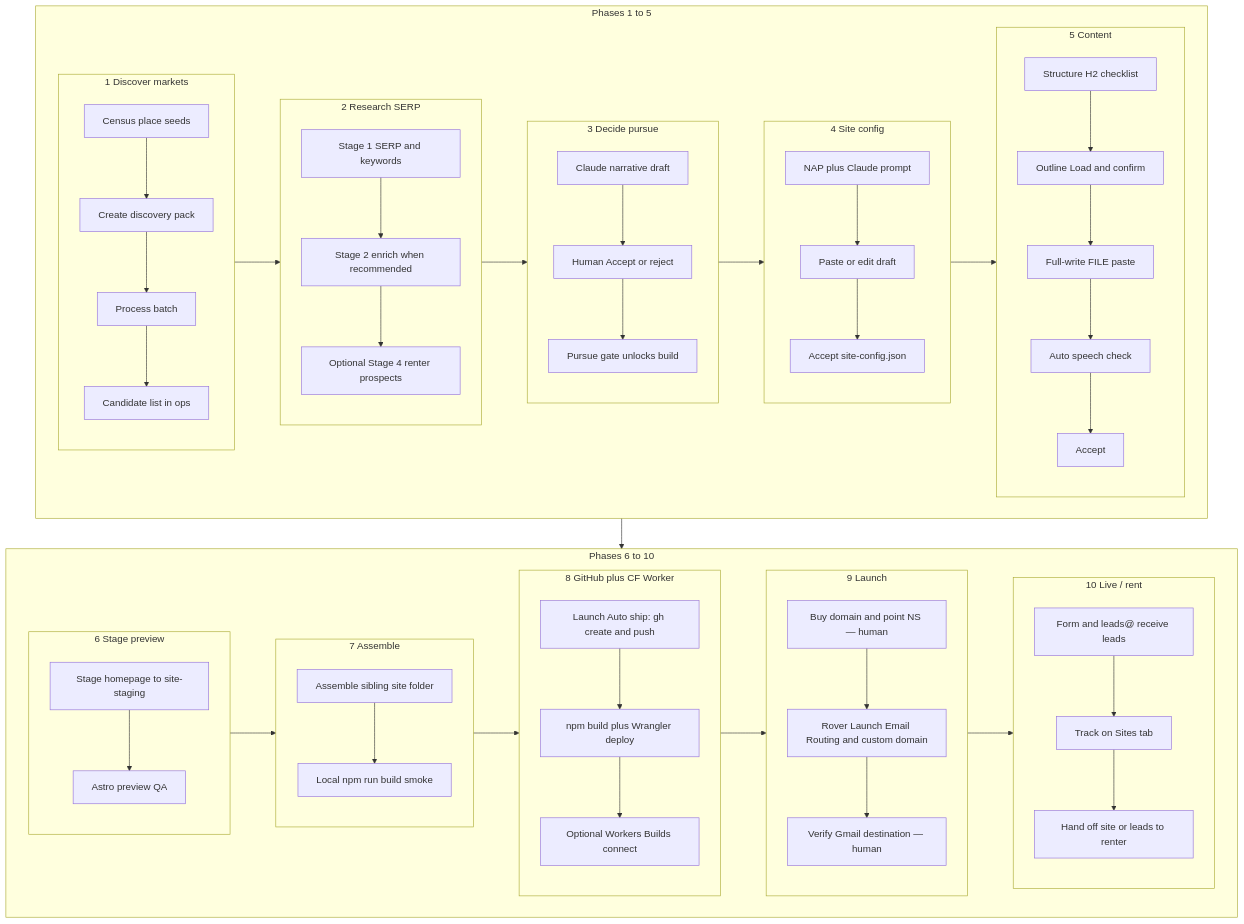
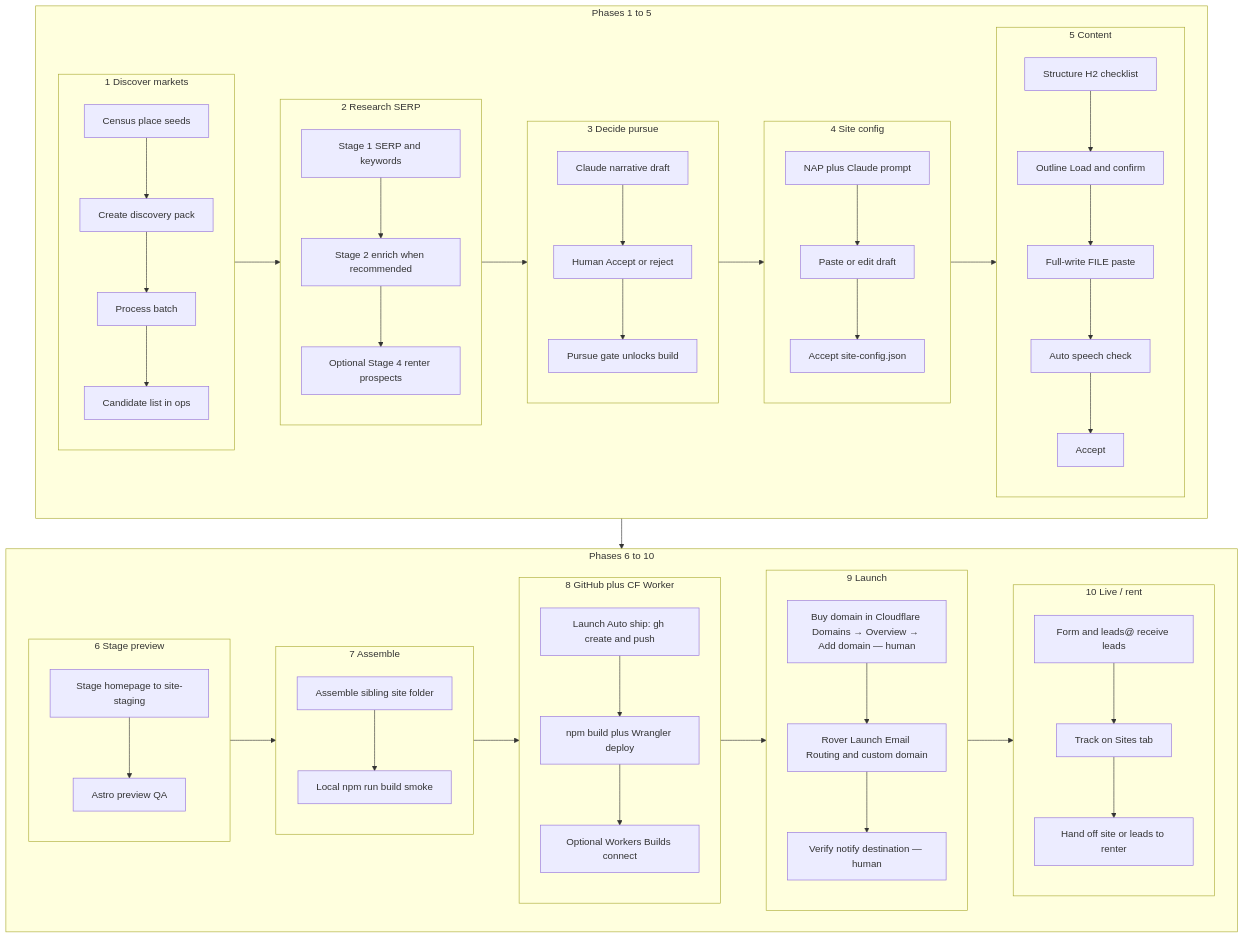
The diagram in docs/MASTER-FLOW.md (Gpete4444/city-niche-tracker), drawn with Mermaid before and after one commit. The commit also changed other lines of this file and 2024 other files, not shown here.

````diff
--- a/docs/MASTER-FLOW.md
+++ b/docs/MASTER-FLOW.md
@@ -18,77 +18,77 @@
 ```mermaid
 flowchart TB
   subgraph row1 [Phases 1 to 5]
     direction LR
 
     subgraph disc [1 Discover markets]
       direction TB
       d1["Census place seeds"] --> d2["Create discovery pack"]
       d2 --> d3["Process batch"]
       d3 --> d4["Candidate list in ops"]
     end
 
     subgraph res [2 Research SERP]
       direction TB
       r1["Stage 1 SERP and keywords"] --> r2["Stage 2 enrich when recommended"]
       r2 --> r3["Optional Stage 4 renter prospects"]
     end
 
     subgraph dec [3 Decide pursue]
       direction TB
       e1["Claude narrative draft"] --> e2["Human Accept or reject"]
       e2 --> e3["Pursue gate unlocks build"]
     end
 
     subgraph scfg [4 Site config]
       direction TB
       s1["NAP plus Claude prompt"] --> s2["Paste or edit draft"]
       s2 --> s3["Accept site-config.json"]
     end
 
     subgraph cont [5 Content]
       direction TB
       c1["Structure H2 checklist"] --> c2["Outline Load and confirm"]
       c2 --> c3["Full-write FILE paste"]
       c3 --> c4["Auto speech check"]
       c4 --> c5["Accept"]
     end
 
     disc --> res --> dec --> scfg --> cont
   end
 
   subgraph row2 [Phases 6 to 10]
     direction LR
 
     subgraph stg [6 Stage preview]
       direction TB
       t1["Stage homepage to site-staging"] --> t2["Astro preview QA"]
     end
 
     subgraph asm [7 Assemble]
       direction TB
       a1["Assemble sibling site folder"] --> a2["Local npm run build smoke"]
     end
 
     subgraph ship [8 GitHub plus CF Worker]
       direction TB
       h1["Launch Auto ship: gh create and push"] --> h2["npm build plus Wrangler deploy"]
       h2 --> h3["Optional Workers Builds connect"]
     end
 
     subgraph launch [9 Launch]
       direction TB
-      l1["Buy domain and point NS — human"] --> l2["Rover Launch Email Routing and custom domain"]
-      l2 --> l3["Verify Gmail destination — human"]
+      l1["Buy domain in Cloudflare Domains → Overview → Add domain — human"] --> l2["Rover Launch Email Routing and custom domain"]
+      l2 --> l3["Verify notify destination — human"]
     end
 
     subgraph live [10 Live / rent]
       direction TB
       v1["Form and leads@ receive leads"] --> v2["Track on Sites tab"]
       v2 --> v3["Hand off site or leads to renter"]
     end
 
     stg --> asm --> ship --> launch --> live
   end
 
   cont --> stg
 ```
````
